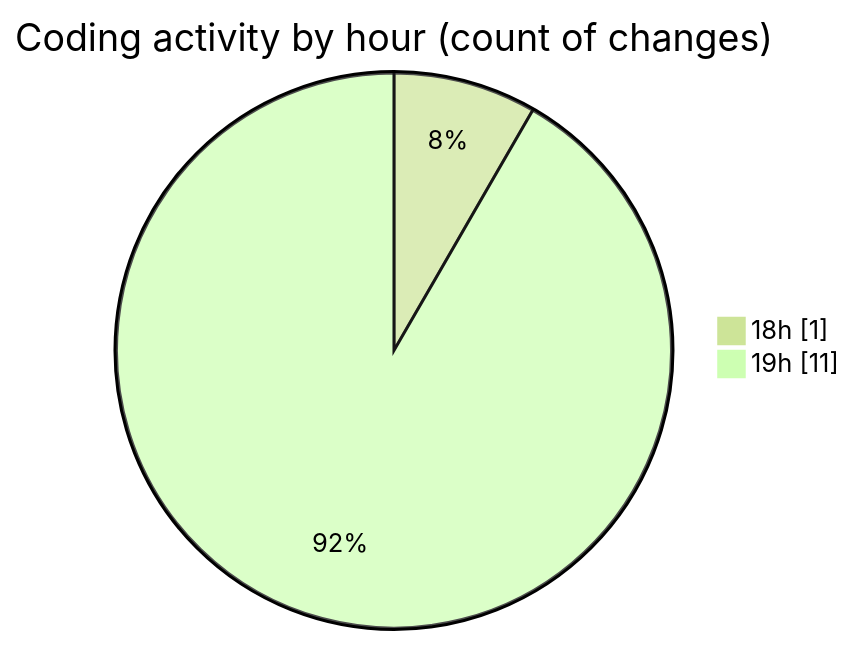
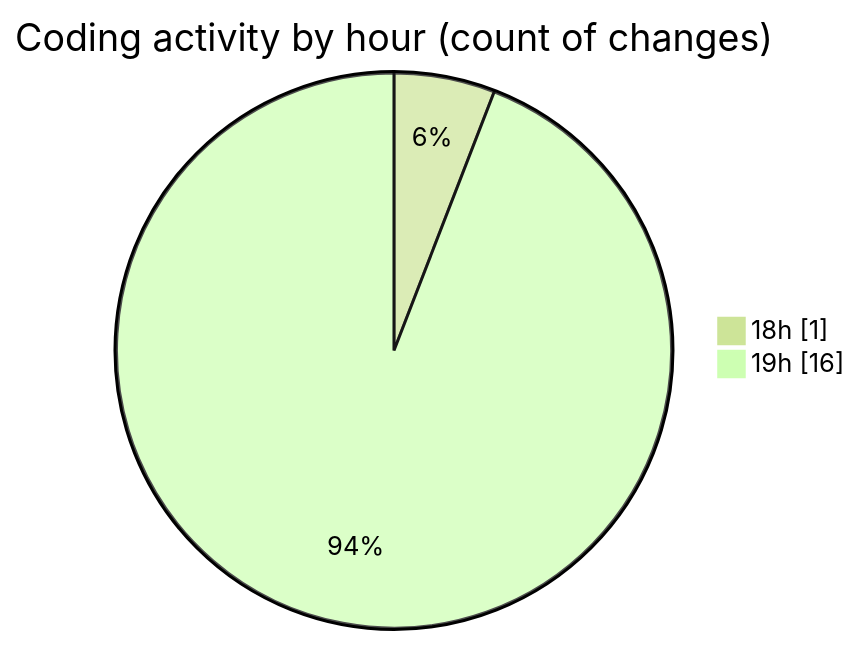
The second of 2 diagrams in 2025-03-30/front-end/README.md (Netris89/code-tracking), drawn with Mermaid (forest theme) before and after one commit. The commit also changed other lines of this file and 1 other file, not shown here.

````diff
--- a/2025-03-30/front-end/README.md
+++ b/2025-03-30/front-end/README.md
@@ -32,6 +33,6 @@
 ```mermaid
 pie showData
 title Coding activity by hour (count of changes)
 "18h" : 1
-"19h" : 11
+"19h" : 16
 ```
````
